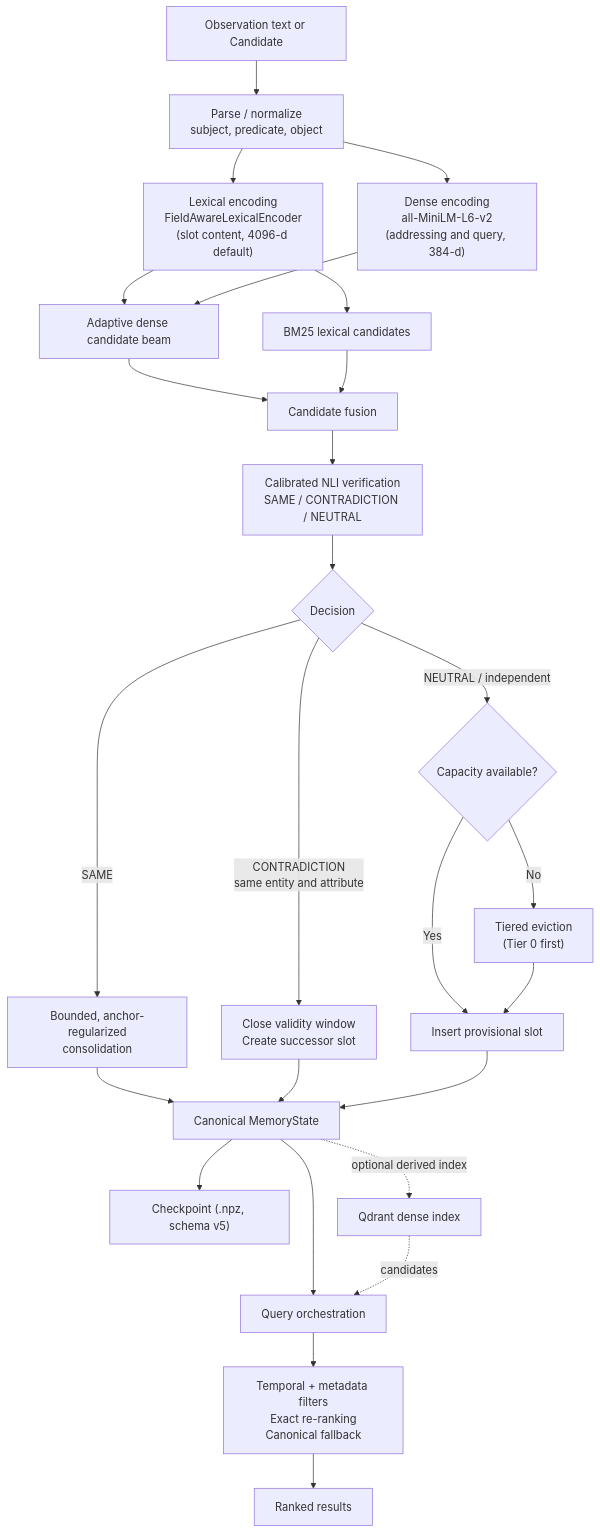
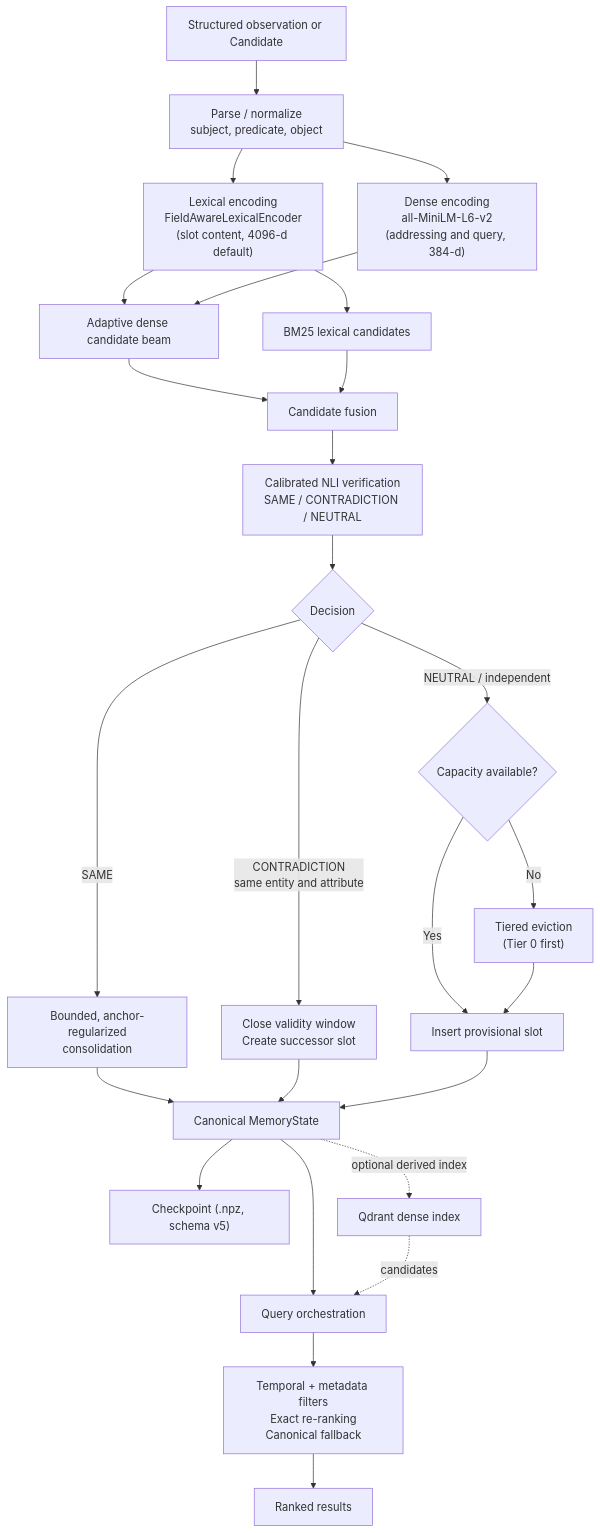
Before and after one commit to robel-samuel/MINEMOS: the diagram in docs/architecture/overview.md, drawn with Mermaid. The commit also changed other lines of this file and 325 other files, not shown here.

````diff
--- a/docs/architecture/overview.md
+++ b/docs/architecture/overview.md
@@ -30,28 +29,28 @@
 ```mermaid
 flowchart TD
-    A["Observation text or Candidate"] --> B["Parse / normalize\nsubject, predicate, object"]
+    A["Structured observation or Candidate"] --> B["Parse / normalize\nsubject, predicate, object"]
     B --> C["Lexical encoding\nFieldAwareLexicalEncoder\n(slot content, 4096-d default)"]
     B --> D["Dense encoding\nall-MiniLM-L6-v2\n(addressing and query, 384-d)"]
     C --> E["Adaptive dense candidate beam"]
     D --> E
     C --> F["BM25 lexical candidates"]
     E --> G["Candidate fusion"]
     F --> G
     G --> H["Calibrated NLI verification\nSAME / CONTRADICTION / NEUTRAL"]
     H --> I{"Decision"}
     I -- "SAME" --> J["Bounded, anchor-regularized\nconsolidation"]
     I -- "CONTRADICTION\nsame entity and attribute" --> K["Close validity window\nCreate successor slot"]
     I -- "NEUTRAL / independent" --> L{"Capacity available?"}
     L -- "Yes" --> M["Insert provisional slot"]
     L -- "No" --> N["Tiered eviction\n(Tier 0 first)"]
     N --> M
     J --> O["Canonical MemoryState"]
     K --> O
     M --> O
     O --> P["Checkpoint (.npz, schema v5)"]
     O -. "optional derived index" .-> Q["Qdrant dense index"]
     O --> R["Query orchestration"]
     Q -. "candidates" .-> R
     R --> S["Temporal + metadata filters\nExact re-ranking\nCanonical fallback"]
     S --> T["Ranked results"]
 ```
````
